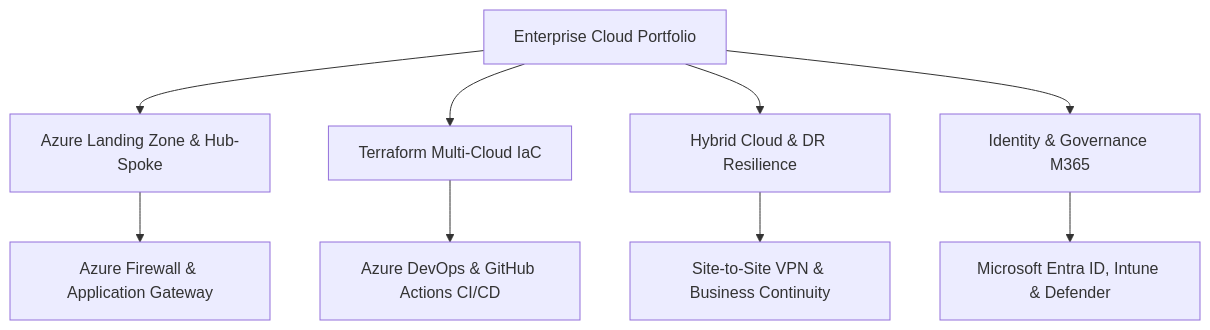
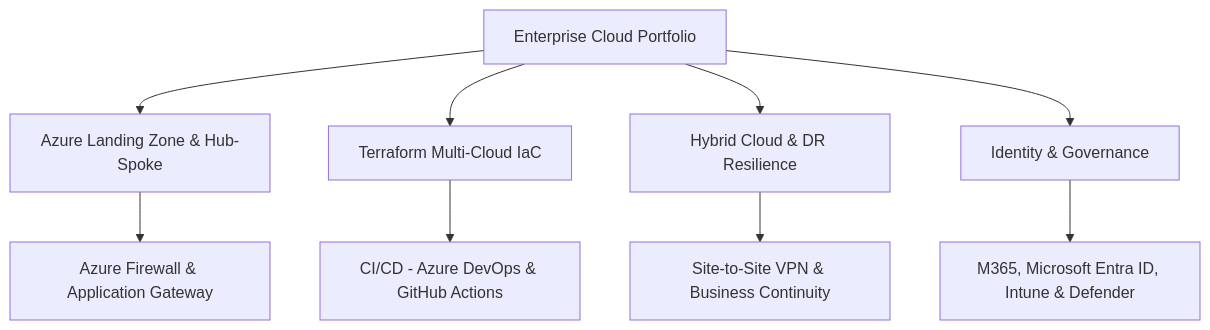
One commit to misbah-alhaque/misbah-alhaque changed the diagram in README.md. Above: the diagram before and after it, drawn with Mermaid. The commit also changed other lines of this file, not shown here.

Commit message:
modify the content

````diff
--- a/README.md
+++ b/README.md
@@ -34,11 +34,11 @@
 ```mermaid
 flowchart TD
   A[Enterprise Cloud Portfolio] --> B[Azure Landing Zone & Hub-Spoke]
   A --> C[Terraform Multi-Cloud IaC]
   A --> D[Hybrid Cloud & DR Resilience]
-  A --> E[Identity & Governance M365]
+  A --> E[Identity & Governance]
   B --> F[Azure Firewall & Application Gateway]
-  C --> G[Azure DevOps & GitHub Actions CI/CD]
+  C --> G[CI/CD - Azure DevOps & GitHub Actions]
   D --> H[Site-to-Site VPN & Business Continuity]
-  E --> I[Microsoft Entra ID, Intune & Defender]
+  E --> I[M365, Microsoft Entra ID, Intune & Defender]
 ```
````
